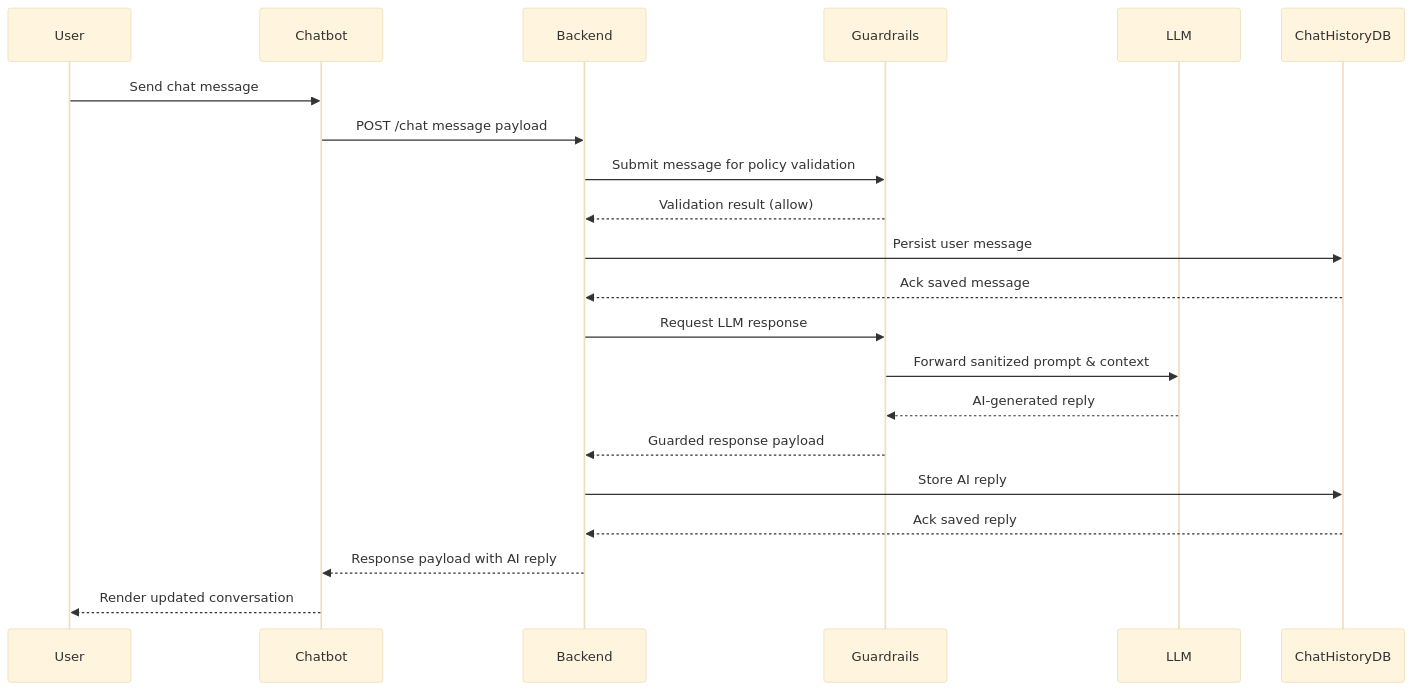
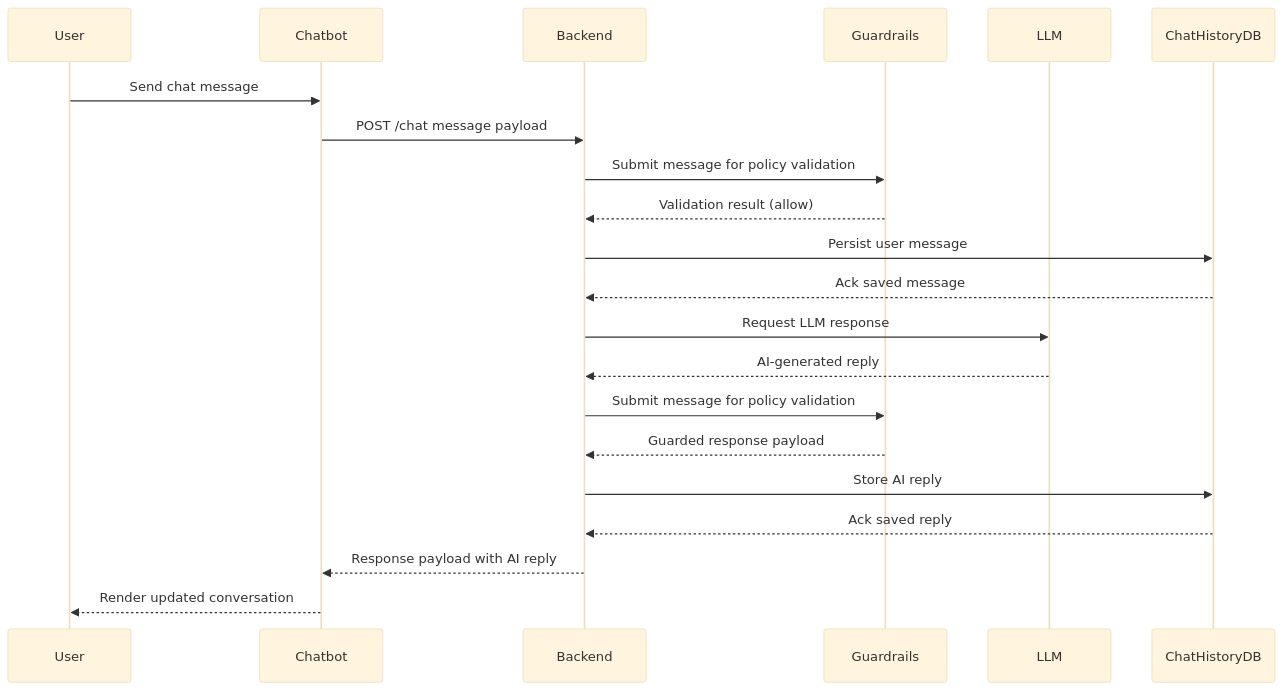
Before and after one commit to sidgyl-anz/guardrailsfe: the first of 3 diagrams in diagrams.md, drawn with Mermaid (base theme).

````diff
--- a/diagrams.md
+++ b/diagrams.md
@@ -4,24 +4,24 @@
 ```mermaid
 sequenceDiagram
     participant User
     participant Chatbot
     participant Backend
     participant Guardrails
     participant LLM
     participant ChatHistoryDB
 
     User->>Chatbot: Send chat message
     Chatbot->>Backend: POST /chat message payload
     Backend->>Guardrails: Submit message for policy validation
     Guardrails-->>Backend: Validation result (allow)
     Backend->>ChatHistoryDB: Persist user message
     ChatHistoryDB-->>Backend: Ack saved message
-    Backend->>Guardrails: Request LLM response
-    Guardrails->>LLM: Forward sanitized prompt & context
-    LLM-->>Guardrails: AI-generated reply
+    Backend->>LLM: Request LLM response
+    LLM-->>Backend: AI-generated reply
+    Backend->>Guardrails: Submit message for policy validation
     Guardrails-->>Backend: Guarded response payload
     Backend->>ChatHistoryDB: Store AI reply
     ChatHistoryDB-->>Backend: Ack saved reply
     Backend-->>Chatbot: Response payload with AI reply
     Chatbot-->>User: Render updated conversation
 ```
````
